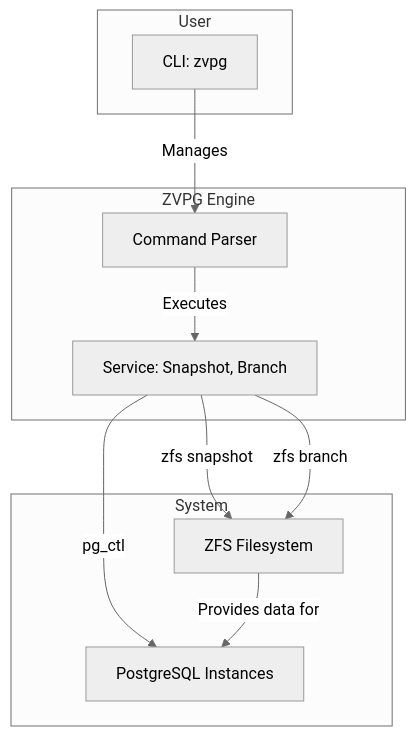
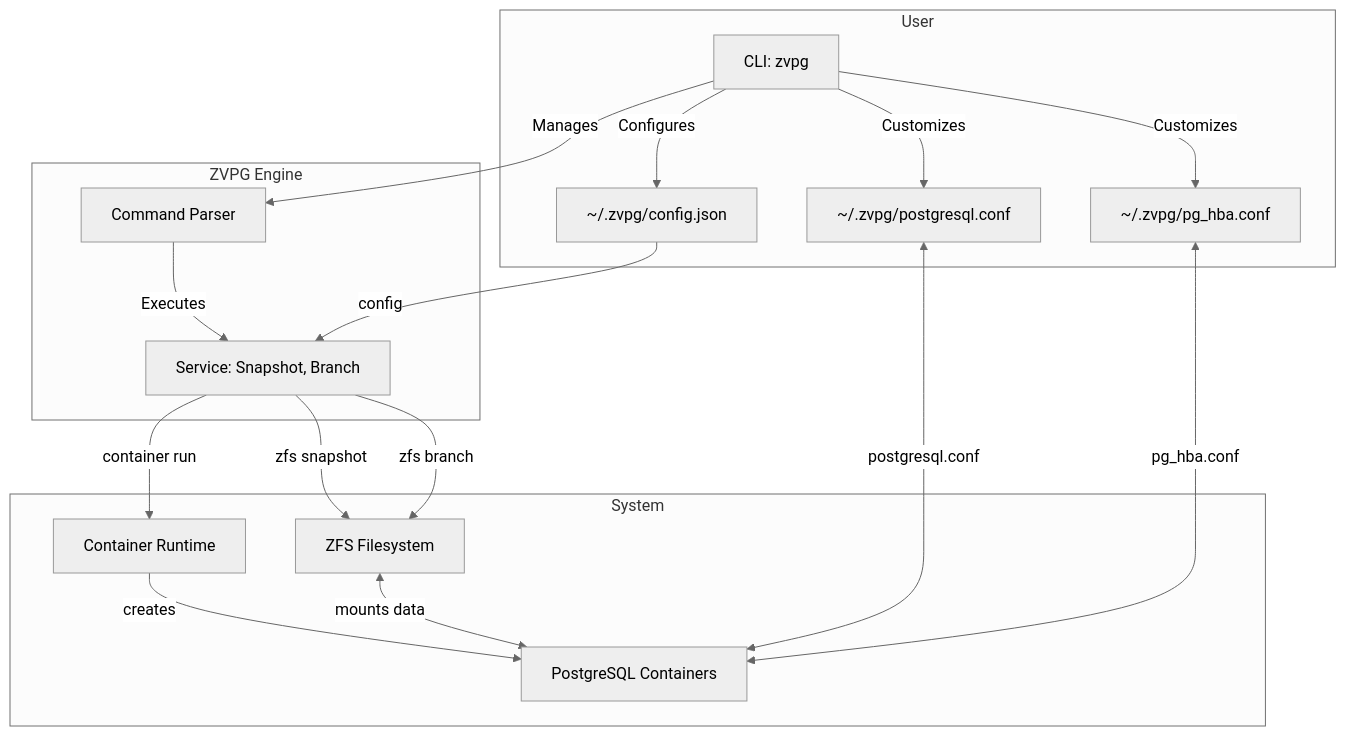
The first of 2 diagrams in README.md (LemonHX/ZVPG), drawn with Mermaid (neutral theme) before and after one commit. The commit also changed other lines of this file and 10 other files, not shown here.

First line of the commit message:
feat: transition to container-based PostgreSQL management

````diff
--- a/README.md
+++ b/README.md
@@ -32,24 +36,34 @@
 ```mermaid
 graph TD
     subgraph User
         A[CLI: zvpg]
+        U[~/.zvpg/config.json]
+        C[~/.zvpg/postgresql.conf]
+        H[~/.zvpg/pg_hba.conf]
     end
 
     subgraph ZVPG Engine
         B[Command Parser]
-        C[Service: Snapshot, Branch]
+        S[Service: Snapshot, Branch]
     end
 
     subgraph System
         D[ZFS Filesystem]
-        E[PostgreSQL Instances]
+        R[Container Runtime]
+        P[PostgreSQL Containers]
     end
 
     A -- Manages --> B
-    B -- Executes --> C
-    C -- zfs snapshot --> D
-    C -- zfs branch --> D
-    C -- pg_ctl --> E
-
-    D -- Provides data for --> E
+    A -- Configures --> U
+    A -- Customizes --> C
+    A -- Customizes --> H
+    B -- Executes --> S
+    S -- zfs snapshot --> D
+    S -- zfs branch --> D
+    S -- container run --> R
+    R -- creates --> P
+    D <-- mounts data --> P
+    U -- config --> S
+    C <-- postgresql.conf --> P
+    H <-- pg_hba.conf --> P
 ```
````
